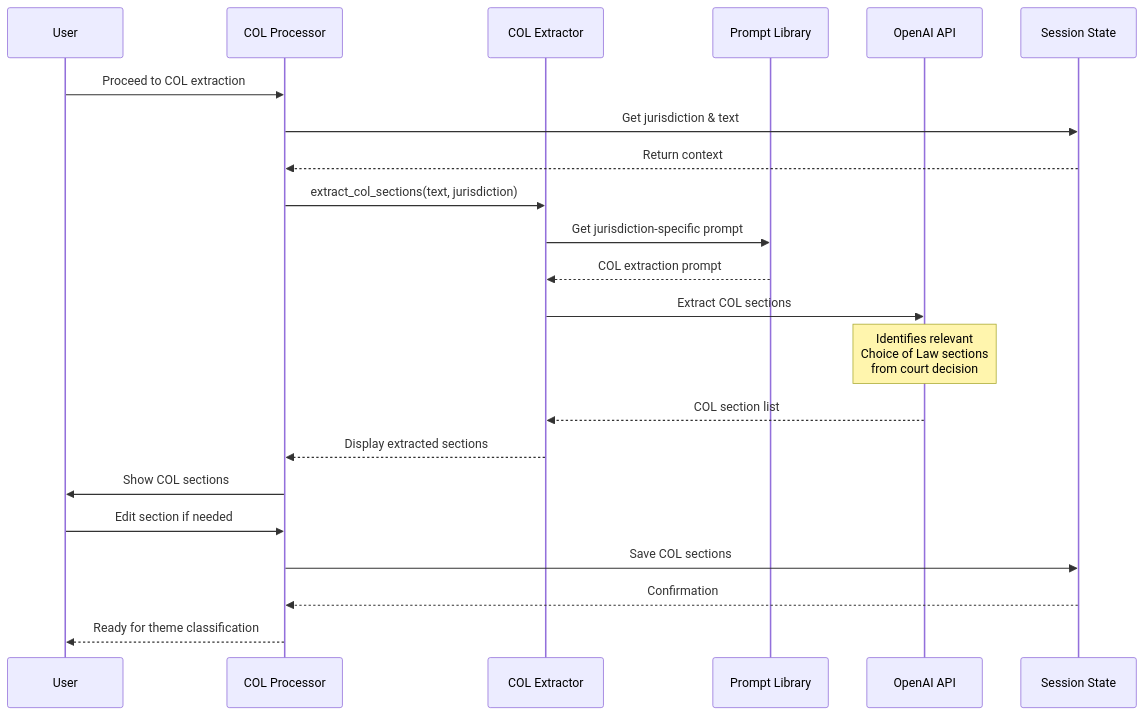
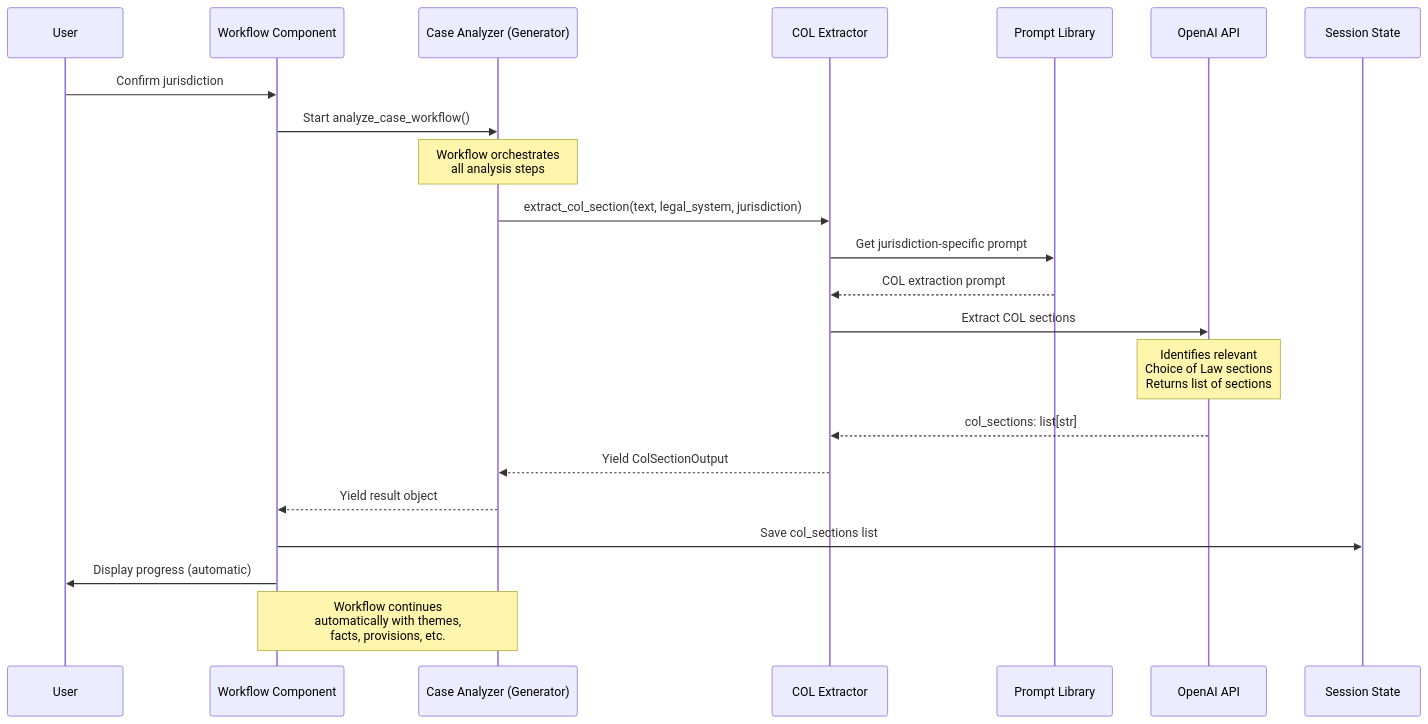
Before and after one commit to Choice-of-Law-Dataverse/cold-case-analysis: the fifth of 8 diagrams in docs/WORKFLOWS.md, drawn with Mermaid. The commit also changed other lines of this file, not shown here.

Commit message:
Update WORKFLOWS.md documentation with new generator pattern and parameter names

````diff
--- a/docs/WORKFLOWS.md
+++ b/docs/WORKFLOWS.md
@@ -274,29 +289,29 @@
 ```mermaid
 sequenceDiagram
     participant User
-    participant UI as COL Processor
+    participant UI as Workflow Component
+    participant Generator as Case Analyzer (Generator)
     participant Tool as COL Extractor
     participant Prompt as Prompt Library
     participant LLM as OpenAI API
     participant State as Session State
 
-    User->>UI: Proceed to COL extraction
-    UI->>State: Get jurisdiction & text
-    State-->>UI: Return context
+    User->>UI: Confirm jurisdiction
+    UI->>Generator: Start analyze_case_workflow()
+    Note over Generator: Workflow orchestrates<br/>all analysis steps
     
-    UI->>Tool: extract_col_sections(text, jurisdiction)
+    Generator->>Tool: extract_col_section(text, legal_system, jurisdiction)
     Tool->>Prompt: Get jurisdiction-specific prompt
     Prompt-->>Tool: COL extraction prompt
     
     Tool->>LLM: Extract COL sections
-    Note over LLM: Identifies relevant<br/>Choice of Law sections<br/>from court decision
-    LLM-->>Tool: COL section list
+    Note over LLM: Identifies relevant<br/>Choice of Law sections<br/>Returns list of sections
+    LLM-->>Tool: col_sections: list[str]
     
-    Tool-->>UI: Display extracted sections
-    UI->>User: Show COL sections
-    User->>UI: Edit section if needed
-
-    UI->>State: Save COL sections
-    State-->>UI: Confirmation
-    UI-->>User: Ready for theme classification
+    Tool-->>Generator: Yield ColSectionOutput
+    Generator-->>UI: Yield result object
+    UI->>State: Save col_sections list
+    UI->>User: Display progress (automatic)
+    
+    Note over Generator,UI: Workflow continues<br/>automatically with themes,<br/>facts, provisions, etc.
 ```
````
